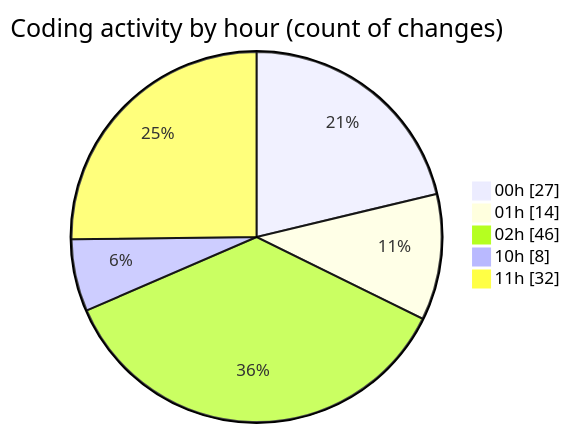
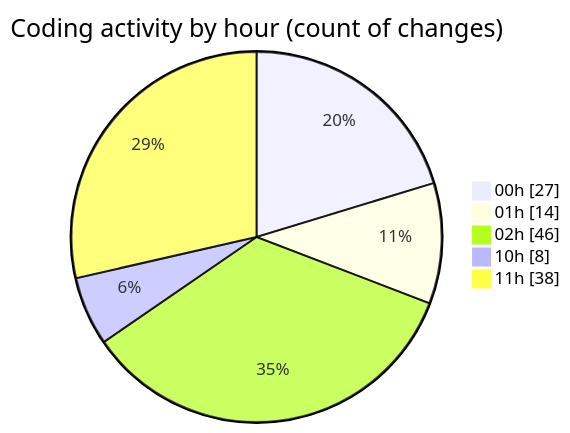
One commit to lephambinh05/code-tracking changed the second of 2 diagrams in 2025-07-17/nhahang/README.md. Above: the diagram before and after it, drawn with Mermaid. The commit also changed other lines of this file and 1 other file, not shown here.

````diff
--- a/2025-07-17/nhahang/README.md
+++ b/2025-07-17/nhahang/README.md
@@ -58,9 +61,9 @@
 ```mermaid
 pie showData
 title Coding activity by hour (count of changes)
 "00h" : 27
 "01h" : 14
 "02h" : 46
 "10h" : 8
-"11h" : 32
+"11h" : 38
 ```
````
